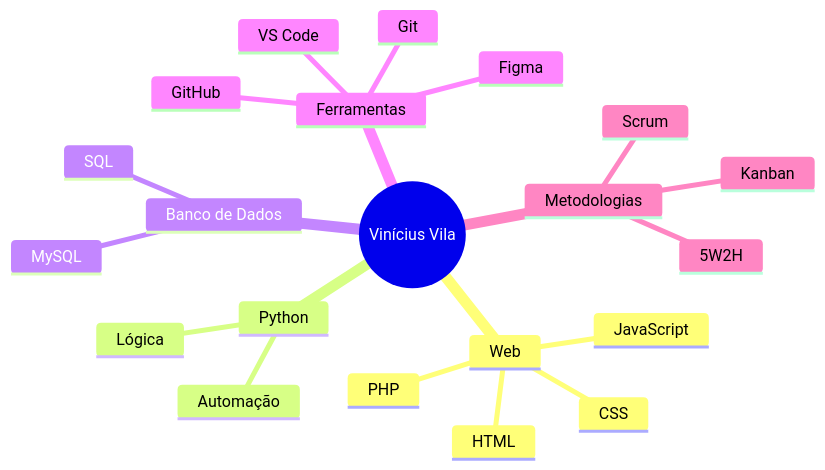
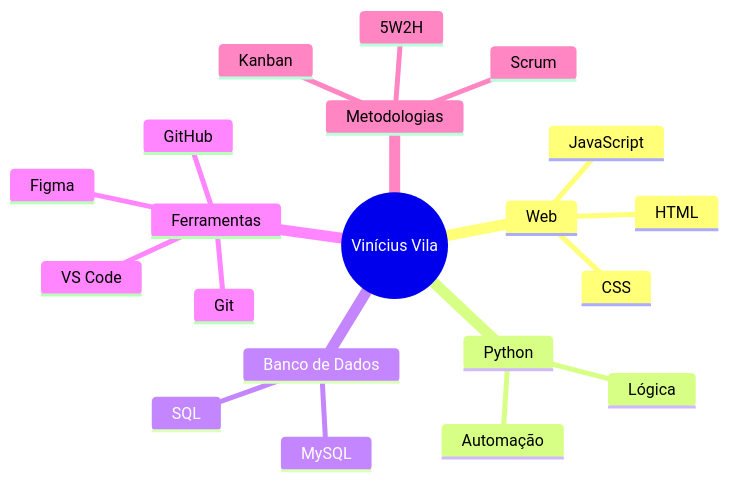
The first of 2 diagrams in readme.md (ViniVila/ViniVila), drawn with Mermaid before and after one commit. The commit also changed other lines of this file, not shown here.

````diff
--- a/readme.md
+++ b/readme.md
@@ -111,24 +111,23 @@
 ```mermaid
 mindmap
   root((Vinícius Vila))
     Web
       HTML
       CSS
       JavaScript
-      PHP
     Python
       Lógica
       Automação
     Banco de Dados
       MySQL
       SQL
     Ferramentas
       Git
       GitHub
       VS Code
       Figma
     Metodologias
       Scrum
       Kanban
       5W2H
 ```
````
